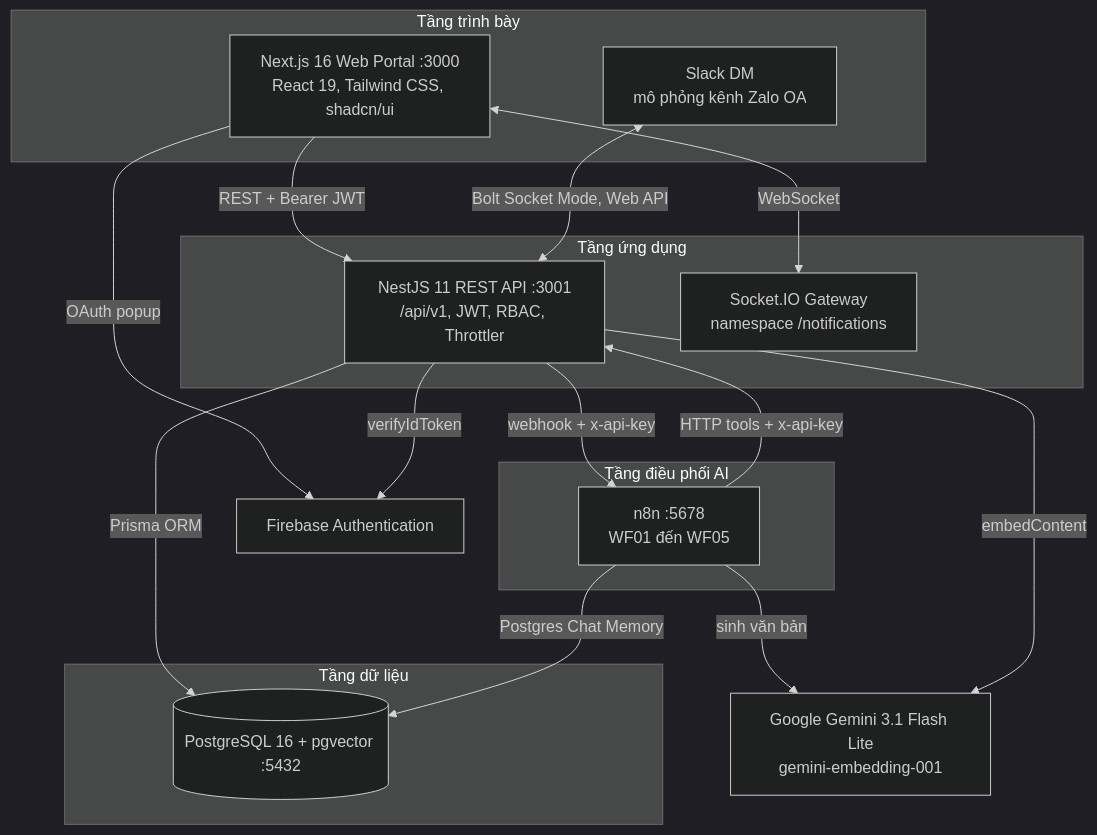
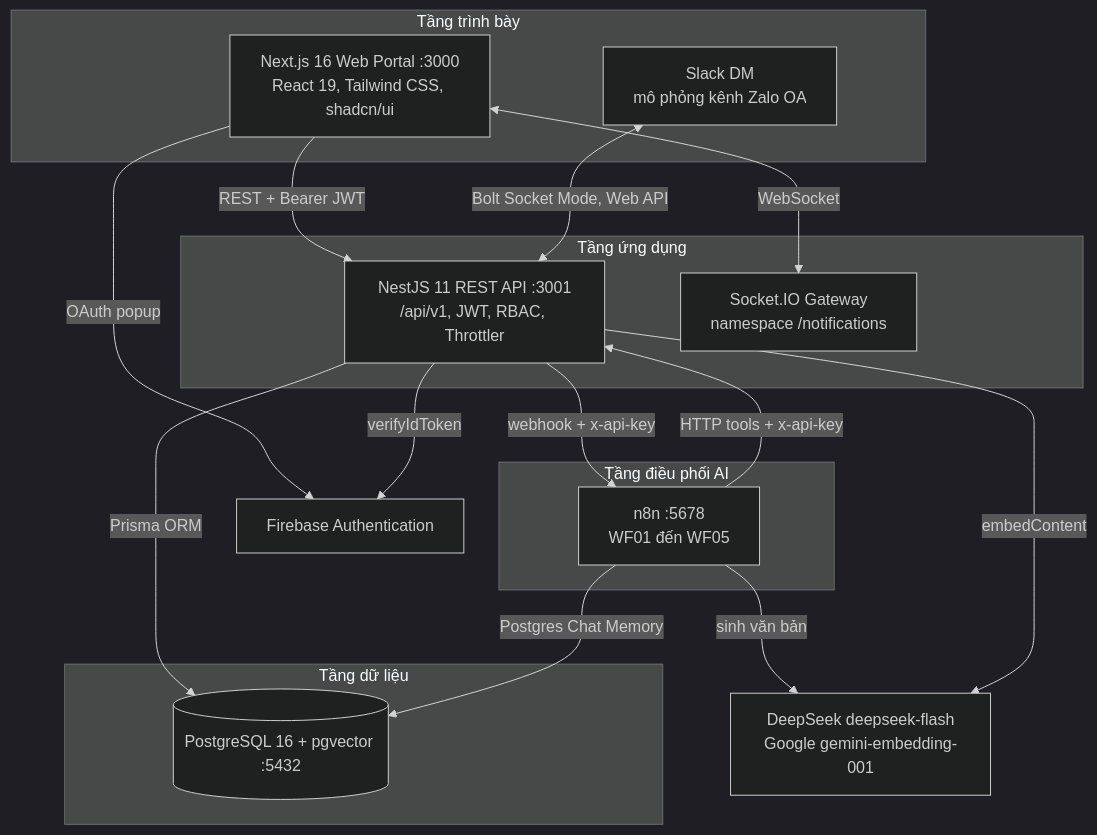
The diagram in docs/diagrams/H3-02-architecture.mmd (NguyenDang182005/khoa-luan), drawn with Mermaid (dark theme) before and after one commit. The commit also changed 306 other files, not shown here.

```diff
--- a/docs/diagrams/H3-02-architecture.mmd
+++ b/docs/diagrams/H3-02-architecture.mmd
@@ -1,28 +1,28 @@
 flowchart TB
   subgraph P["Tầng trình bày"]
     WEB["Next.js 16 Web Portal :3000<br/>React 19, Tailwind CSS, shadcn/ui"]
     SL["Slack DM<br/>mô phỏng kênh Zalo OA"]
   end
   subgraph A["Tầng ứng dụng"]
     API["NestJS 11 REST API :3001<br/>/api/v1, JWT, RBAC, Throttler"]
     WS["Socket.IO Gateway<br/>namespace /notifications"]
   end
   subgraph O["Tầng điều phối AI"]
     N8N["n8n :5678<br/>WF01 đến WF05"]
   end
   subgraph D["Tầng dữ liệu"]
     PG[("PostgreSQL 16 + pgvector :5432")]
   end
-  EXT["Google Gemini 3.1 Flash Lite<br/>gemini-embedding-001"]
+  EXT["DeepSeek deepseek-flash<br/>Google gemini-embedding-001"]
   FB["Firebase Authentication"]
   WEB -->|"REST + Bearer JWT"| API
   WEB <-->|"WebSocket"| WS
   WEB -->|"OAuth popup"| FB
   API -->|"verifyIdToken"| FB
   SL <-->|"Bolt Socket Mode, Web API"| API
   API -->|"webhook + x-api-key"| N8N
   N8N -->|"HTTP tools + x-api-key"| API
   API -->|"Prisma ORM"| PG
   N8N -->|"Postgres Chat Memory"| PG
   N8N -->|"sinh văn bản"| EXT
   API -->|"embedContent"| EXT
```
